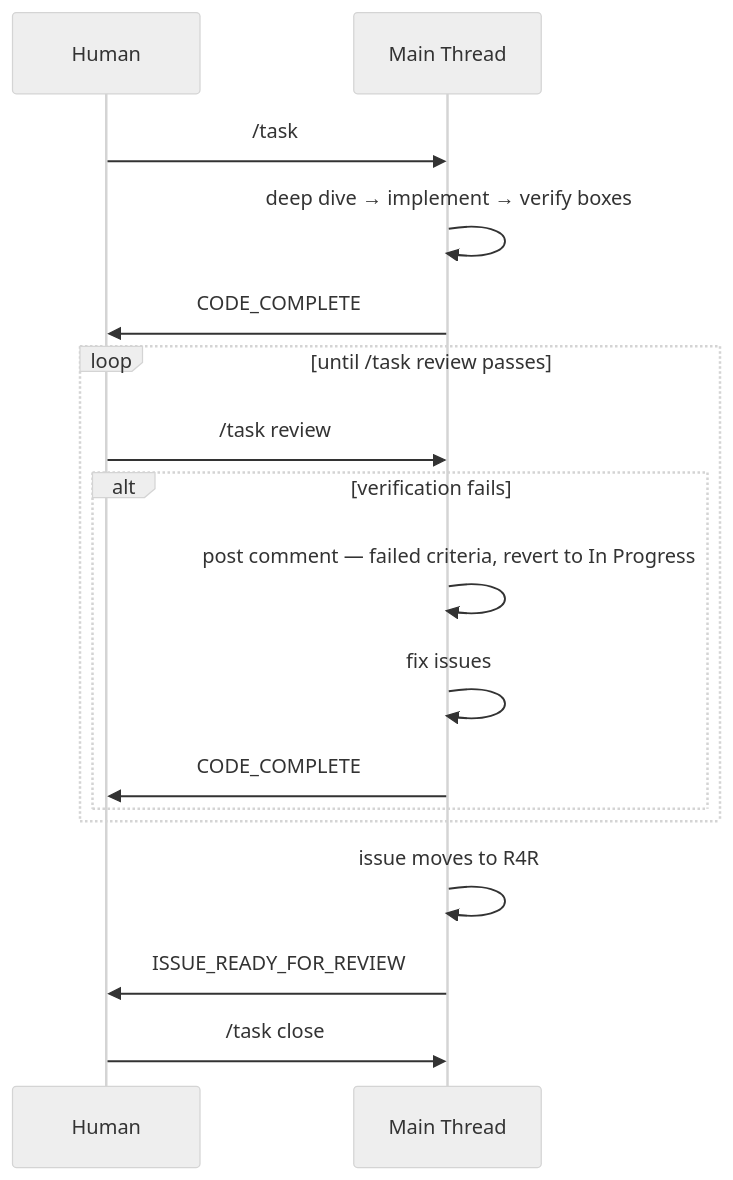
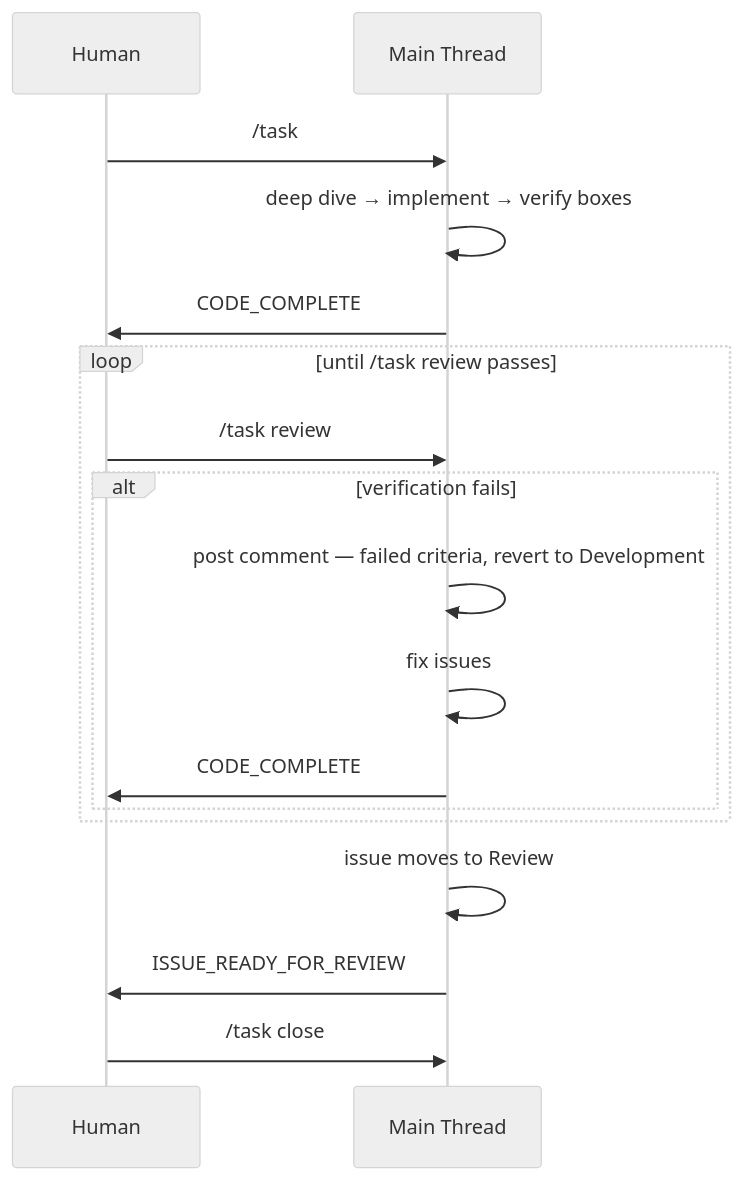
One commit to kburson/ai-task-manager changed the second of 4 diagrams in docs/QUICKSTART.md. Above: the diagram before and after it, drawn with Mermaid (neutral theme). The commit also changed other lines of this file and 3 other files, not shown here.

````diff
--- a/docs/QUICKSTART.md
+++ b/docs/QUICKSTART.md
@@ -83,22 +82,22 @@
 ```mermaid
 sequenceDiagram
     participant H as Human
     participant T as Main Thread
 
     H->>T: /task #N
     T->>T: deep dive → implement → verify boxes
     T->>H: CODE_COMPLETE
 
     loop until /task review passes
         H->>T: /task review #N
         alt verification fails
-            T->>T: post comment — failed criteria, revert to In Progress
+            T->>T: post comment — failed criteria, revert to Development
             T->>T: fix issues
             T->>H: CODE_COMPLETE
         end
     end
 
-    T->>T: issue moves to R4R
+    T->>T: issue moves to Review
     T->>H: ISSUE_READY_FOR_REVIEW
     H->>T: /task close #N
 ```
````
